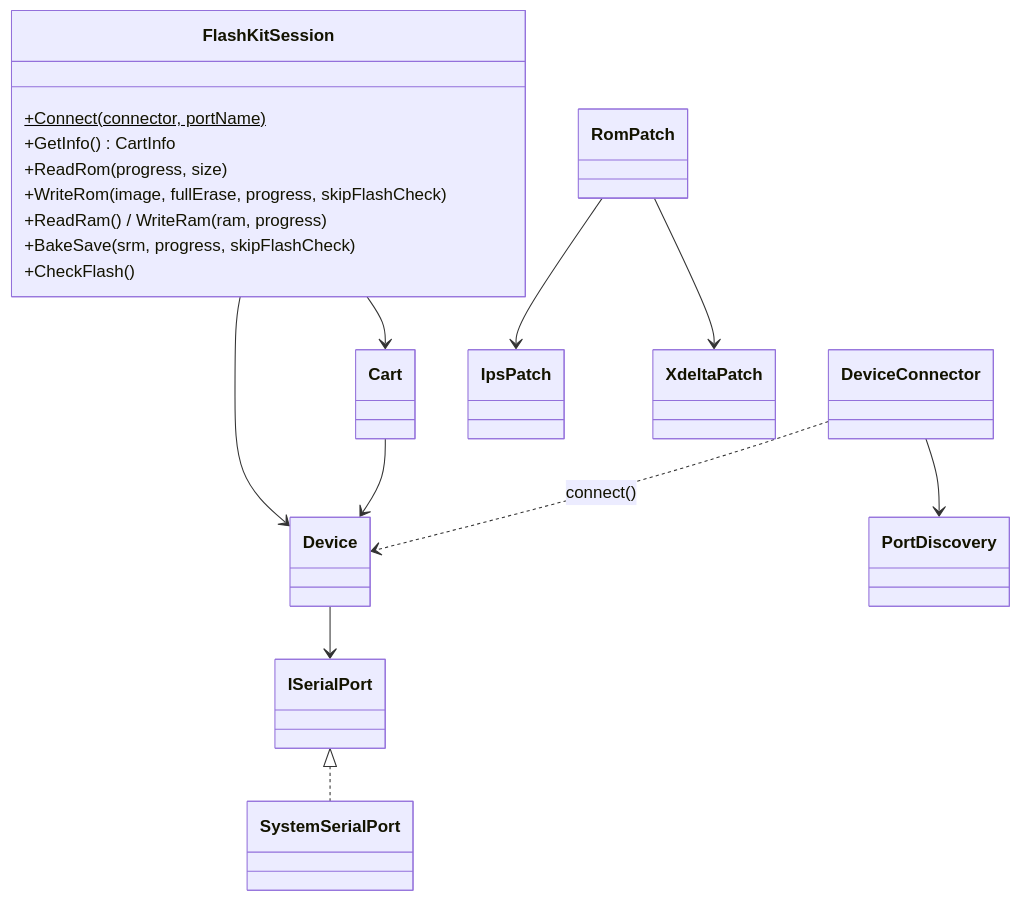
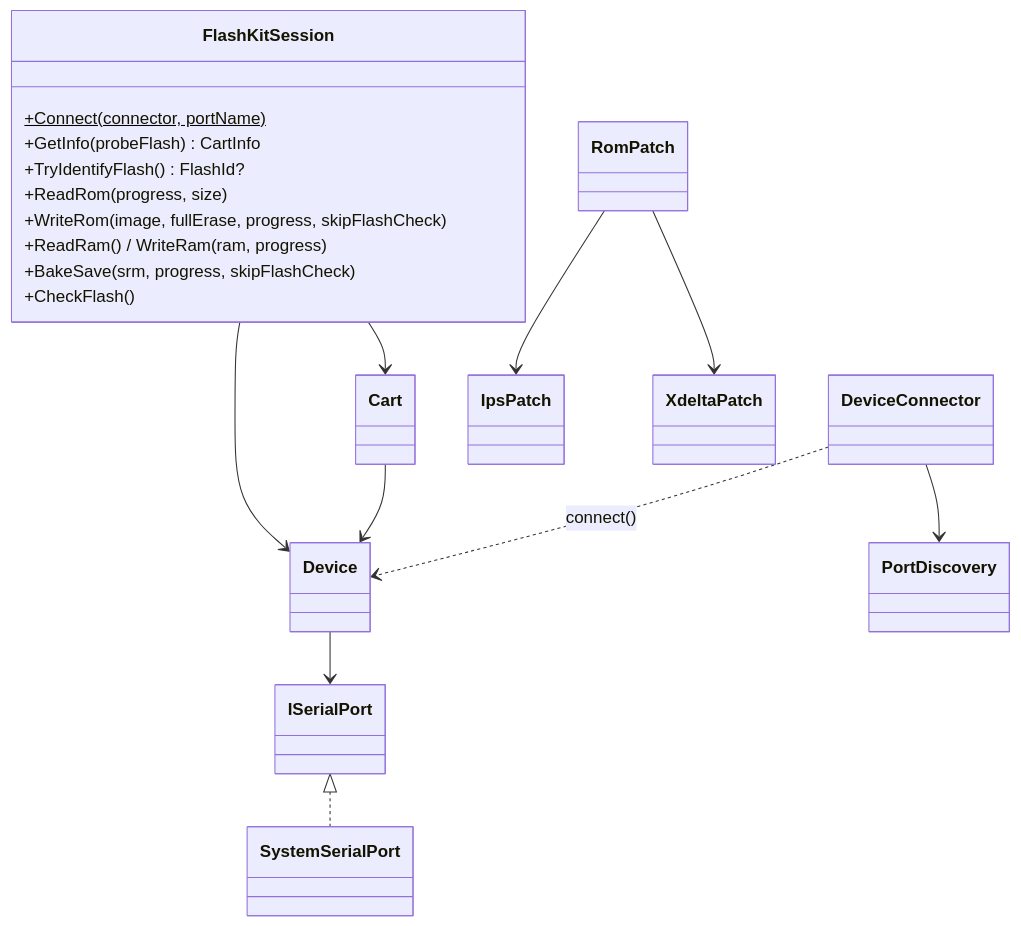
One commit to jfryman/flashkit-md-dotnet changed the diagram in lode/core/summary.md. Above: the diagram before and after it, drawn with Mermaid. The commit also changed other lines of this file and 18 other files, not shown here.

First line of the commit message:
core: identify blank flash carts instead of reporting "Unknown / 0K"

````diff
--- a/lode/core/summary.md
+++ b/lode/core/summary.md
@@ -6,21 +6,22 @@
 ```mermaid
 classDiagram
   class FlashKitSession {
     +Connect(connector, portName)$
-    +GetInfo() CartInfo
+    +GetInfo(probeFlash) CartInfo
+    +TryIdentifyFlash() FlashId?
     +ReadRom(progress, size)
     +WriteRom(image, fullErase, progress, skipFlashCheck)
     +ReadRam() / WriteRam(ram, progress)
     +BakeSave(srm, progress, skipFlashCheck)
     +CheckFlash()
   }
   FlashKitSession --> Device
   FlashKitSession --> Cart
   Cart --> Device
   Device --> ISerialPort
   ISerialPort <|.. SystemSerialPort
   DeviceConnector --> PortDiscovery
   DeviceConnector ..> Device : connect()
   RomPatch --> IpsPatch
   RomPatch --> XdeltaPatch
 ```
````
